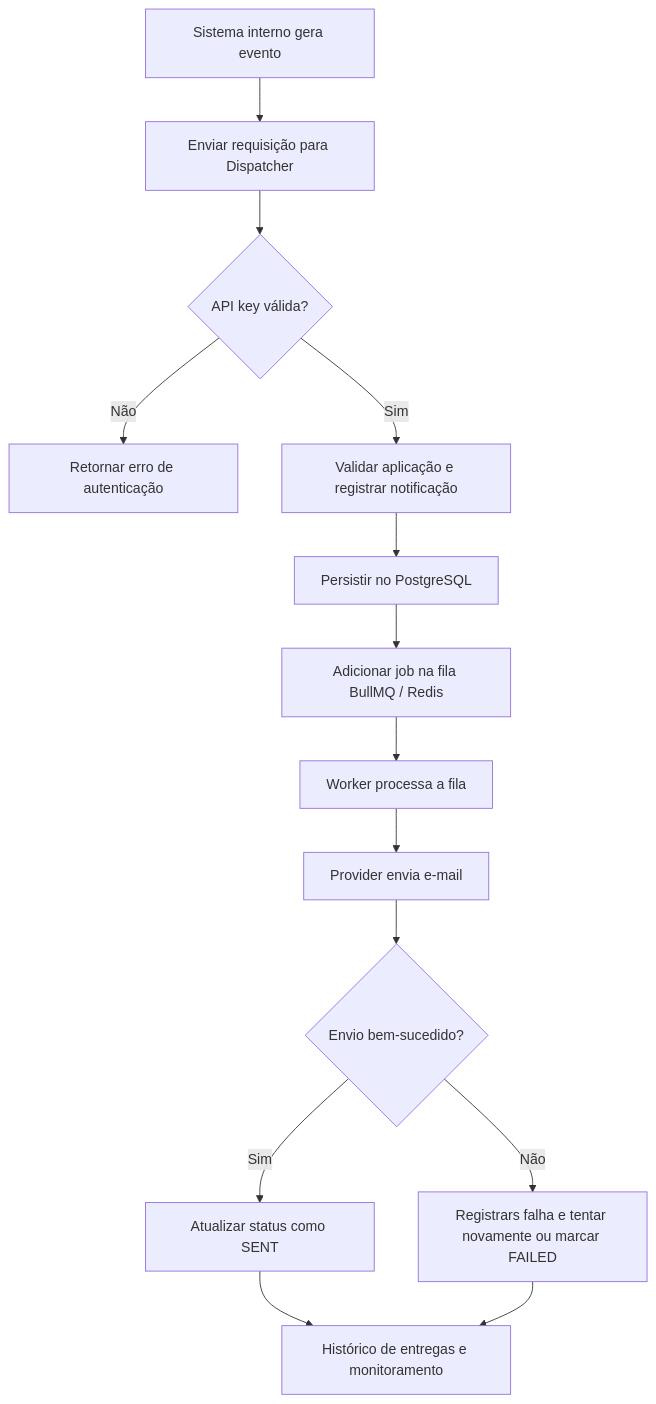
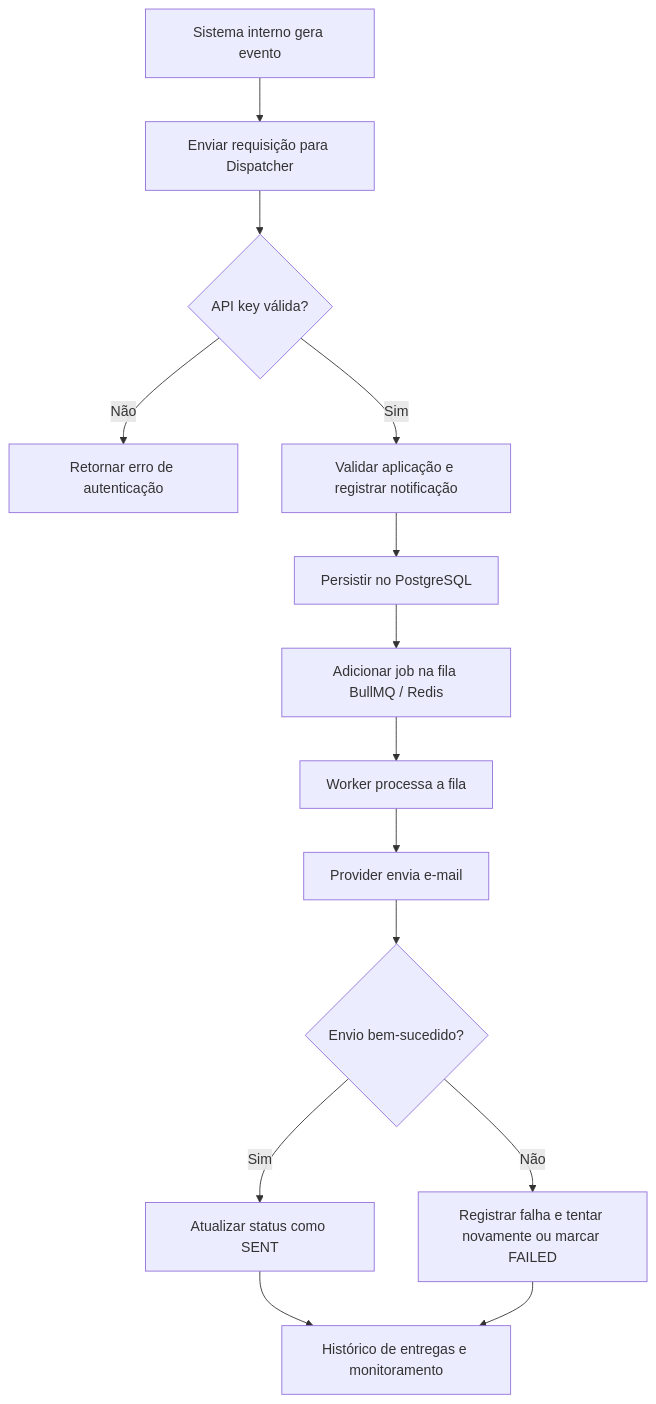
One commit to AlvaroEmanuel20/dispatcher changed the diagram in docs/01-overview.md. Above: the diagram before and after it, drawn with Mermaid. The commit also changed other lines of this file and 4 other files, not shown here.

````diff
--- a/docs/01-overview.md
+++ b/docs/01-overview.md
@@ -34,16 +34,16 @@
 ```mermaid
 flowchart TD
     A[Sistema interno gera evento] --> B[Enviar requisição para Dispatcher]
     B --> C{API key válida?}
     C -- Não --> D[Retornar erro de autenticação]
     C -- Sim --> E[Validar aplicação e registrar notificação]
     E --> F[Persistir no PostgreSQL]
     F --> G[Adicionar job na fila BullMQ / Redis]
     G --> H[Worker processa a fila]
     H --> I[Provider envia e-mail]
     I --> J{Envio bem-sucedido?}
     J -- Sim --> K[Atualizar status como SENT]
-    J -- Não --> L[Registrars falha e tentar novamente ou marcar FAILED]
+    J -- Não --> L[Registrar falha e tentar novamente ou marcar FAILED]
     K --> M[Histórico de entregas e monitoramento]
     L --> M
 ```
````
